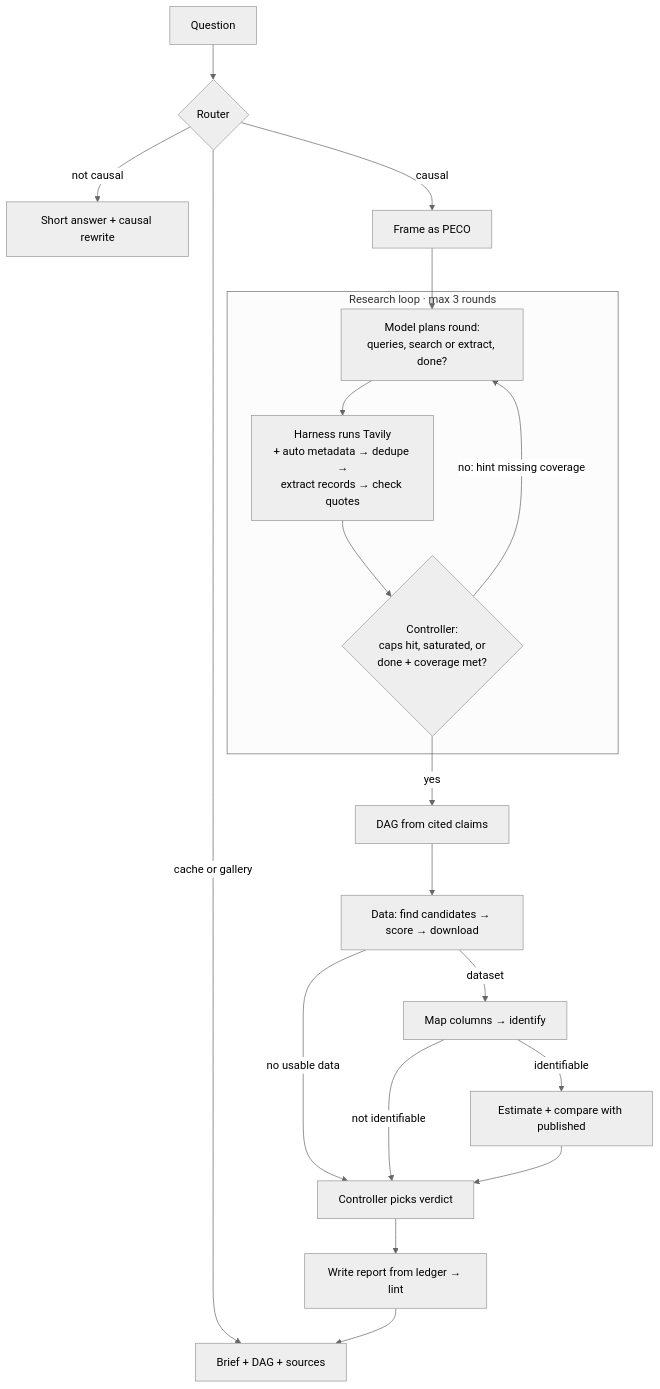
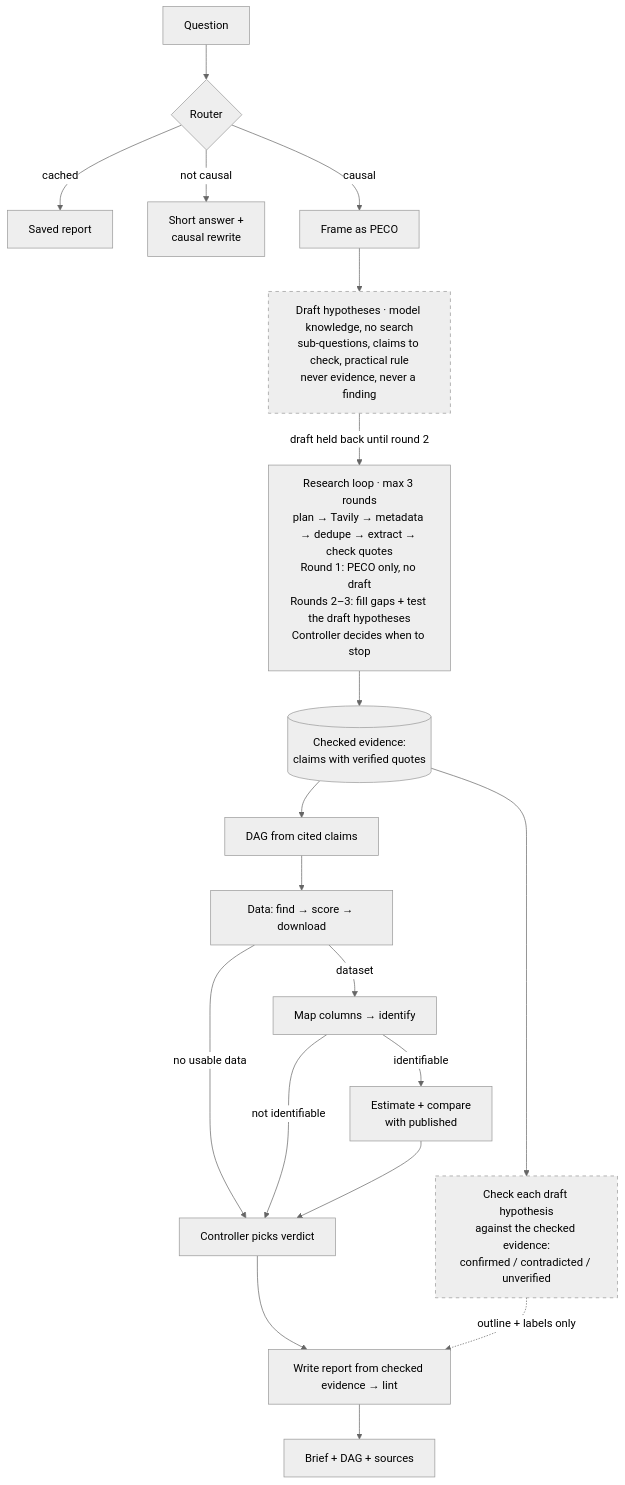
Before and after one commit to BrachyS/causal-genie: the diagram in PRD.md, drawn with Mermaid (neutral theme). The commit also changed other lines of this file, not shown here.

First line of the commit message:
PRD: draft hypotheses, then verify

````diff
--- a/PRD.md
+++ b/PRD.md
@@ -89,24 +89,28 @@
 ```mermaid
 flowchart TD
     Q[Question] --> RT{Router}
-    RT -->|cache or gallery| OUT
-    RT -->|not causal| NC[Short answer + causal rewrite]
+    RT -->|cached| SAVED[Saved report]
+    RT -->|not causal| NC[Short answer +<br/>causal rewrite]
     RT -->|causal| F[Frame as PECO]
 
-    F --> P
+    F --> DR[Draft hypotheses · model knowledge, no search<br/>sub-questions, claims to check, practical rule<br/>never evidence, never a finding]
+    DR -->|draft held back until round 2| RL[Research loop · max 3 rounds<br/>plan → Tavily → metadata → dedupe → extract → check quotes<br/>Round 1: PECO only, no draft<br/>Rounds 2–3: fill gaps + test the draft hypotheses<br/>Controller decides when to stop]
+    RL --> L[(Checked evidence:<br/>claims with verified quotes)]
 
-    subgraph RL [Research loop · max 3 rounds]
-        P[Model plans round:<br/>queries, search or extract, done?] --> T[Harness runs Tavily<br/>+ auto metadata → dedupe →<br/>extract records → check quotes]
-        T --> C{Controller:<br/>caps hit, saturated, or<br/>done + coverage met?}
-        C -->|no: hint missing coverage| P
-    end
-    C -->|yes| G[DAG from cited claims]
-    G --> D[Data: find candidates → score → download]
+    L --> G[DAG from cited claims]
+    G --> D[Data: find → score → download]
+    D -->|dataset| I[Map columns → identify]
+    I -->|identifiable| E[Estimate + compare<br/>with published]
     D -->|no usable data| VD
-    D -->|dataset| I[Map columns → identify]
-    I -->|identifiable| E[Estimate + compare with published]
     I -->|not identifiable| VD
     E --> VD[Controller picks verdict]
-    VD --> W[Write report from ledger → lint]
+
+    L --> DC[Check each draft hypothesis<br/>against the checked evidence:<br/>confirmed / contradicted / unverified]
+
+    VD --> W[Write report from checked evidence → lint]
+    DC -.->|outline + labels only| W
     W --> OUT[Brief + DAG + sources]
+
+    classDef draft stroke-dasharray: 5 5
+    class DR,DC draft
 ```
````
